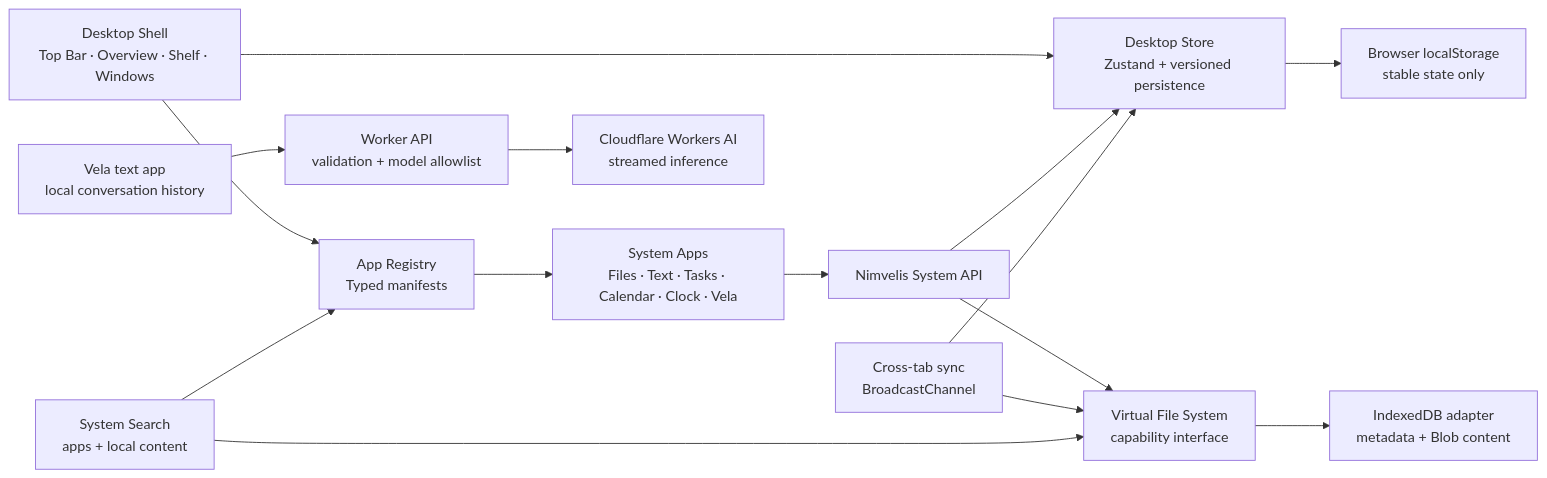
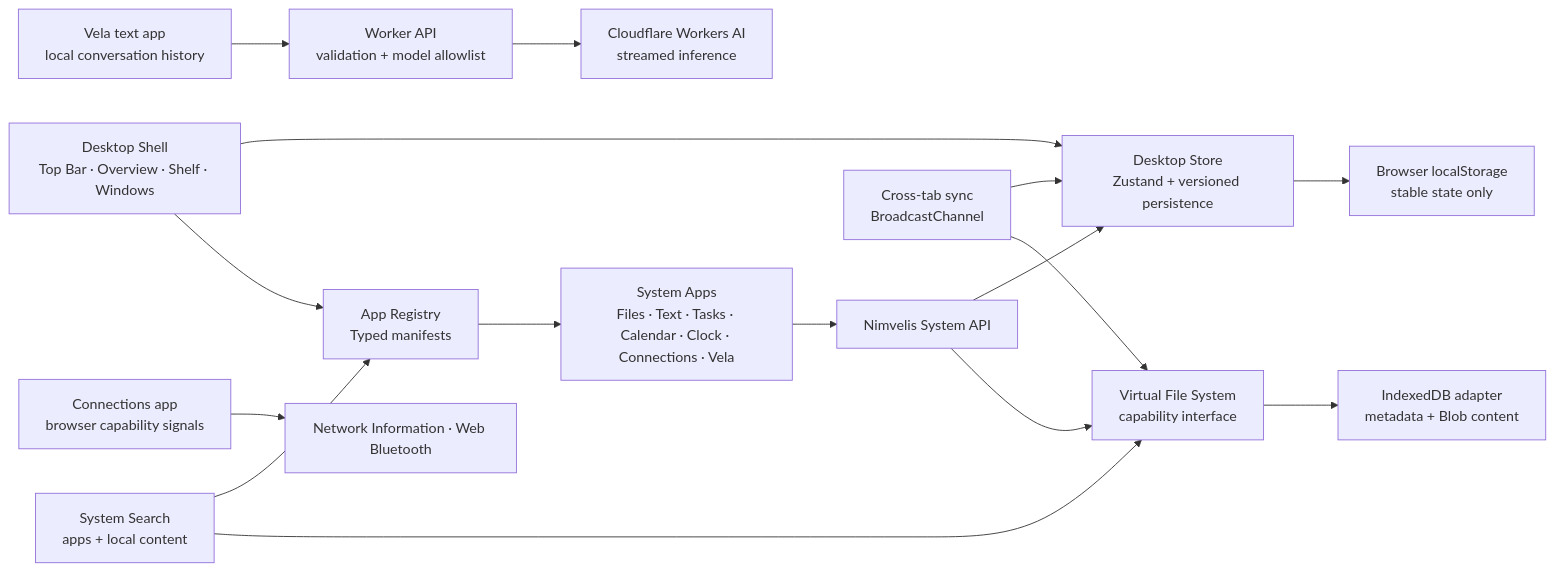
Before and after one commit to chatgptuk/nimvelis: the diagram in docs/architecture.md, drawn with Mermaid. The commit also changed other lines of this file and 24 other files, not shown here.

````diff
--- a/docs/architecture.md
+++ b/docs/architecture.md
@@ -9,17 +9,18 @@
 ```mermaid
 flowchart LR
   Shell["Desktop Shell\nTop Bar · Overview · Shelf · Windows"] --> Store["Desktop Store\nZustand + versioned persistence"]
   Shell --> Registry["App Registry\nTyped manifests"]
-  Registry --> Apps["System Apps\nFiles · Text · Tasks · Calendar · Clock · Vela"]
+  Registry --> Apps["System Apps\nFiles · Text · Tasks · Calendar · Clock · Connections · Vela"]
   Apps --> API["Nimvelis System API"]
   API --> Store
   Store --> Persistence["Browser localStorage\nstable state only"]
   API --> VFS["Virtual File System\ncapability interface"]
   VFS --> IndexedDB["IndexedDB adapter\nmetadata + Blob content"]
   Sync["Cross-tab sync\nBroadcastChannel"] --> Store
   Sync --> VFS
   Search["System Search\napps + local content"] --> Registry
   Search --> VFS
   Vela["Vela text app\nlocal conversation history"] --> Worker["Worker API\nvalidation + model allowlist"]
   Worker --> AI["Cloudflare Workers AI\nstreamed inference"]
+  Connections["Connections app\nbrowser capability signals"] --> Browser["Network Information · Web Bluetooth"]
 ```
````
